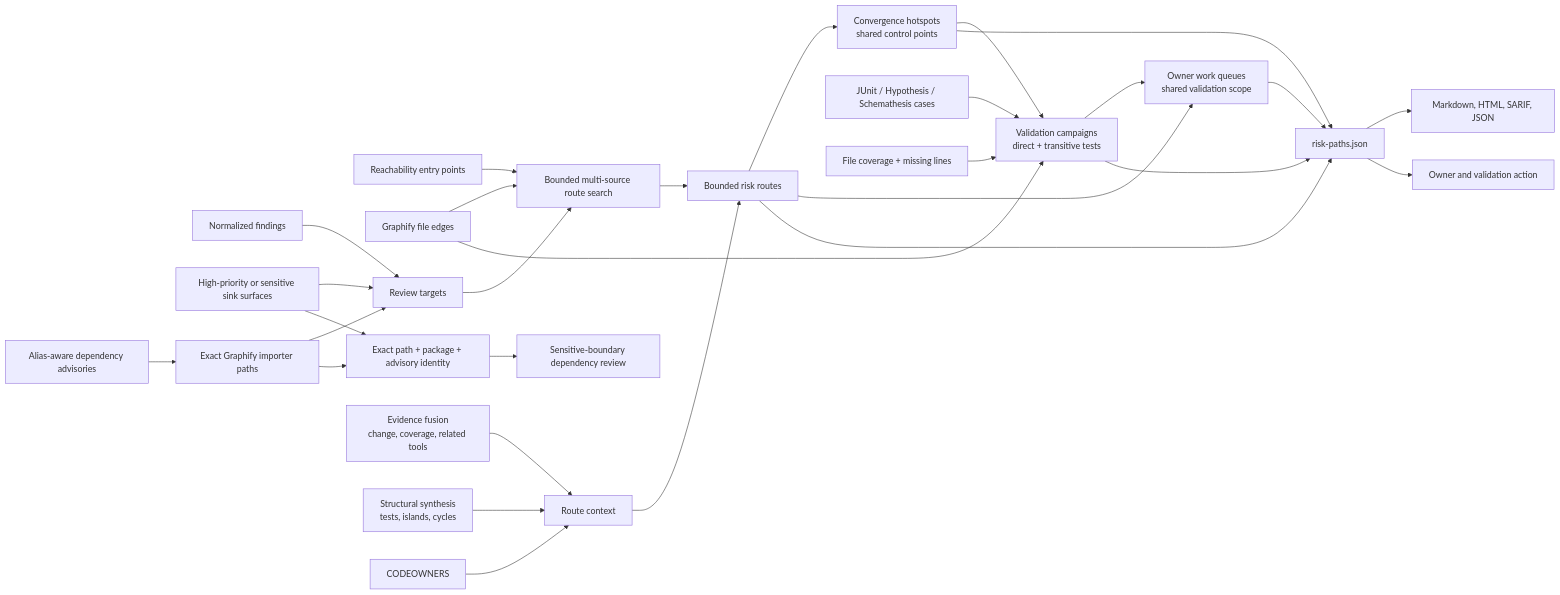
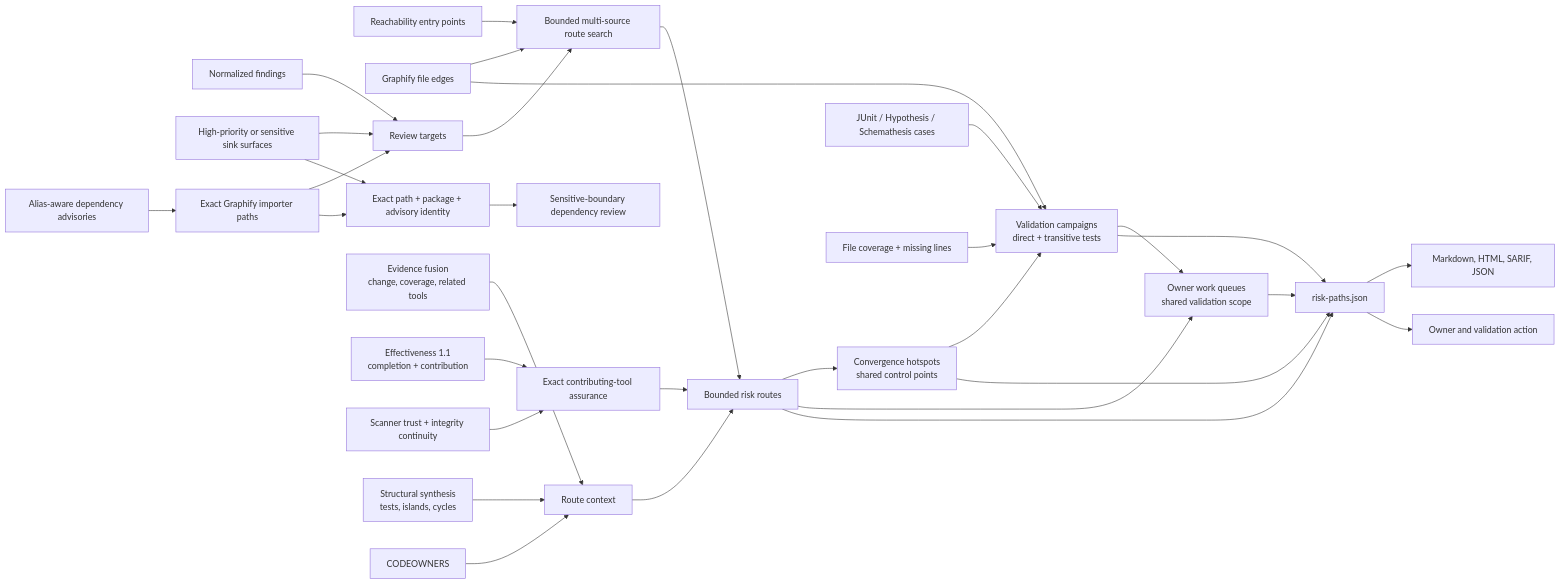
The first of 6 diagrams in docs/risk-paths.md (willtran87/project-py-security-suite), drawn with Mermaid before and after one commit. The commit also changed other lines of this file and 17 other files, not shown here.

````diff
--- a/docs/risk-paths.md
+++ b/docs/risk-paths.md
@@ -18,31 +18,34 @@
 ```mermaid
 flowchart LR
     Entry["Reachability entry points"] --> Route["Bounded multi-source route search"]
     Graph["Graphify file edges"] --> Route
     Finding["Normalized findings"] --> Target["Review targets"]
     Sink["High-priority or sensitive sink surfaces"] --> Target
     Advisory["Alias-aware dependency advisories"] --> Importer["Exact Graphify importer paths"]
     Importer --> Target
     Sink --> Intersection["Exact path + package + advisory identity"]
     Importer --> Intersection
     Intersection --> Compound["Sensitive-boundary dependency review"]
     Target --> Route
     Fusion["Evidence fusion<br/>change, coverage, related tools"] --> Context["Route context"]
+    Effectiveness["Effectiveness 1.1<br/>completion + contribution"] --> Assurance["Exact contributing-tool assurance"]
+    Trust["Scanner trust + integrity continuity"] --> Assurance
     Structure["Structural synthesis<br/>tests, islands, cycles"] --> Context
     Owners["CODEOWNERS"] --> Context
     Route --> Routed["Bounded risk routes"]
     Context --> Routed
+    Assurance --> Routed
     Routed --> Converge["Convergence hotspots<br/>shared control points"]
     Graph --> Campaign["Validation campaigns<br/>direct + transitive tests"]
     Converge --> Campaign
     Tests["JUnit / Hypothesis / Schemathesis cases"] --> Campaign
     Coverage["File coverage + missing lines"] --> Campaign
     Routed --> Queues["Owner work queues<br/>shared validation scope"]
     Campaign --> Queues
     Routed --> Result["risk-paths.json"]
     Converge --> Result
     Campaign --> Result
     Queues --> Result
     Result --> Reports["Markdown, HTML, SARIF, JSON"]
     Result --> Closure["Owner and validation action"]
 ```
````
